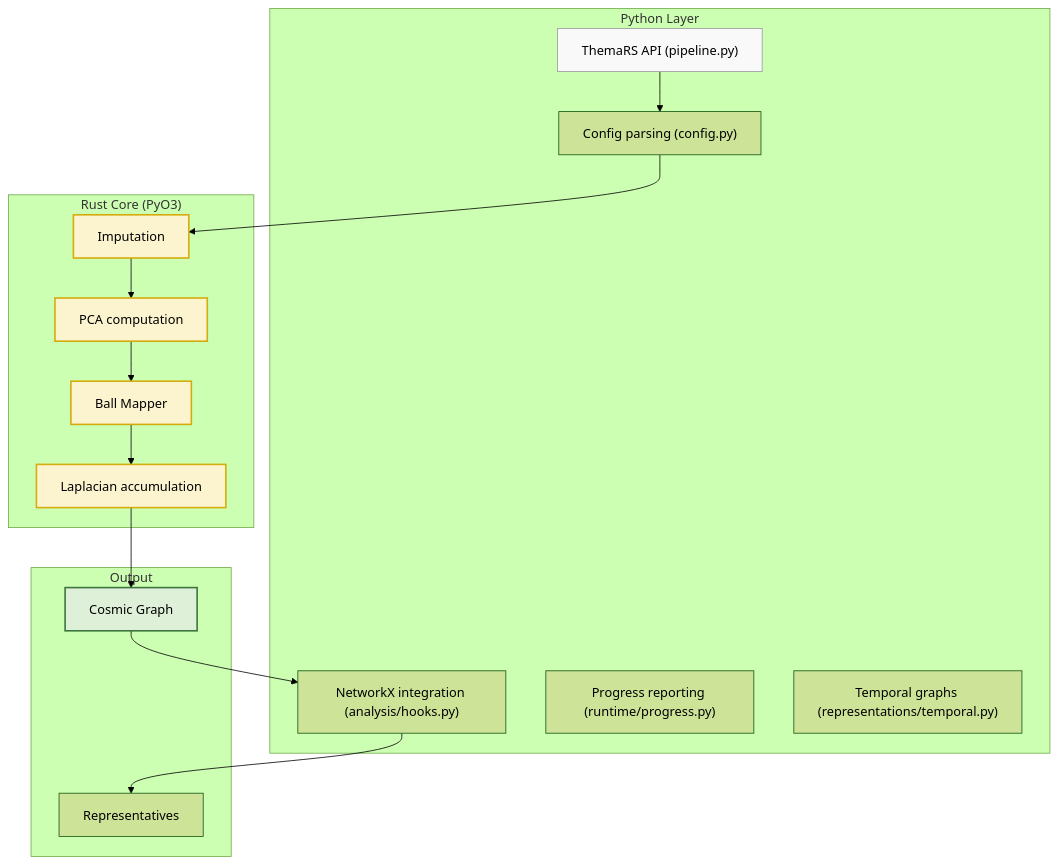
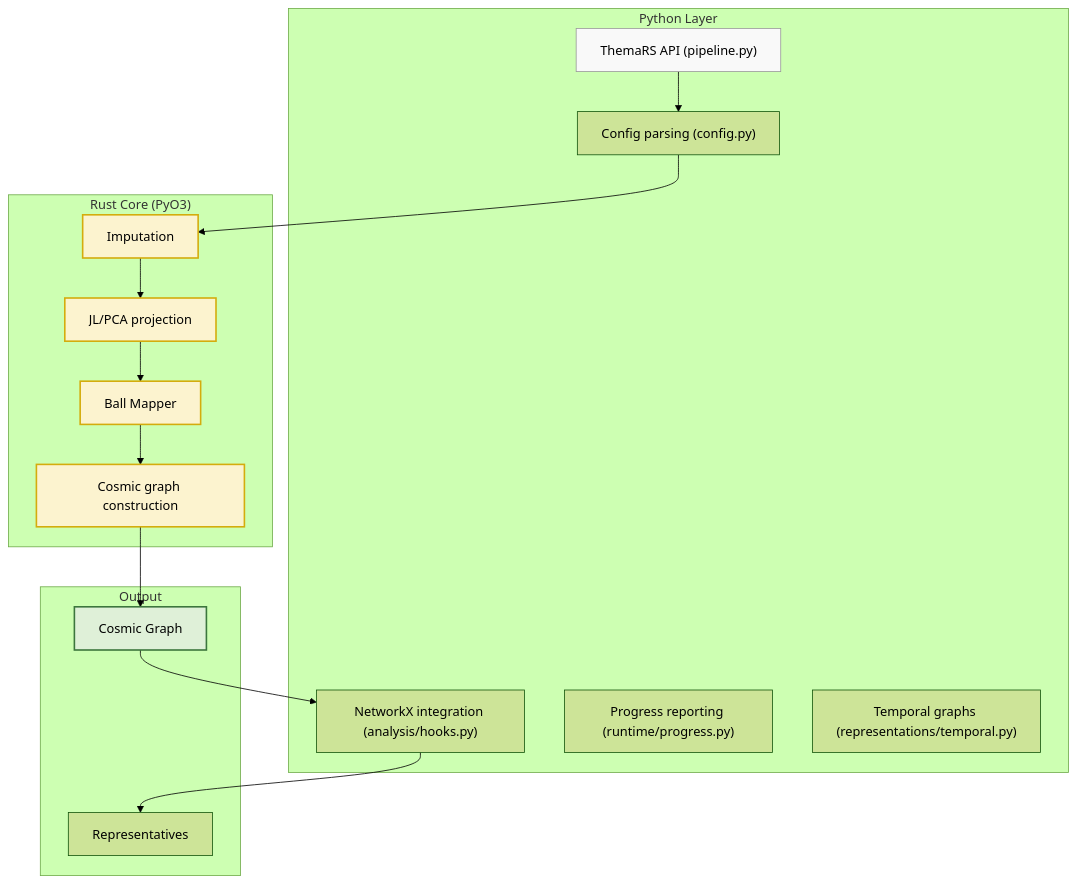
Before and after one commit to Krv-Labs/pulsar: the diagram in docs/source/overview.rst, drawn with Mermaid (forest theme). The commit also changed other lines of this file and 93 other files, not shown here.

```diff
--- a/docs/source/overview.rst
+++ b/docs/source/overview.rst
@@ -25,38 +25,38 @@
 .. mermaid::
 
    graph TB
       subgraph "Python Layer"
          A["ThemaRS API (pipeline.py)"]
          B["Config parsing (config.py)"]
          C["NetworkX integration (analysis/hooks.py)"]
          P["Progress reporting (runtime/progress.py)"]
          T["Temporal graphs (representations/temporal.py)"]
       end
 
       subgraph "Rust Core (PyO3)"
          D["Imputation"]
-         E["PCA computation"]
+         E["JL/PCA projection"]
          F["Ball Mapper"]
-         G["Laplacian accumulation"]
+         G["Cosmic graph construction"]
       end
 
       subgraph "Output"
          H["Cosmic Graph"]
          I["Representatives"]
       end
 
       A --> B
       B --> D
       D --> E
       E --> F
       F --> G
       G --> H
       H --> C
       C --> I
 
       style A fill:#f9f9f9,stroke:#999
       style D fill:#FCF3CF,stroke:#D4AC0D,stroke-width:2px
       style E fill:#FCF3CF,stroke:#D4AC0D,stroke-width:2px
       style F fill:#FCF3CF,stroke:#D4AC0D,stroke-width:2px
       style G fill:#FCF3CF,stroke:#D4AC0D,stroke-width:2px
       style H fill:#DFF0D8,stroke:#3C763D,stroke-width:2px
```
